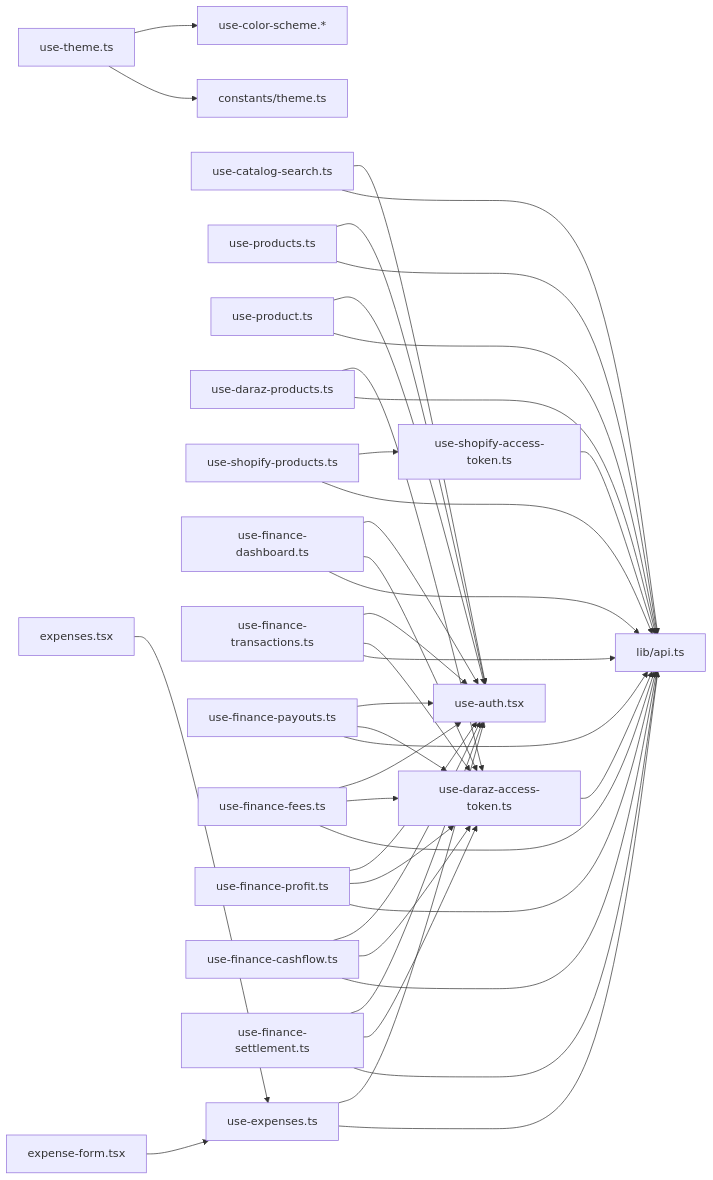
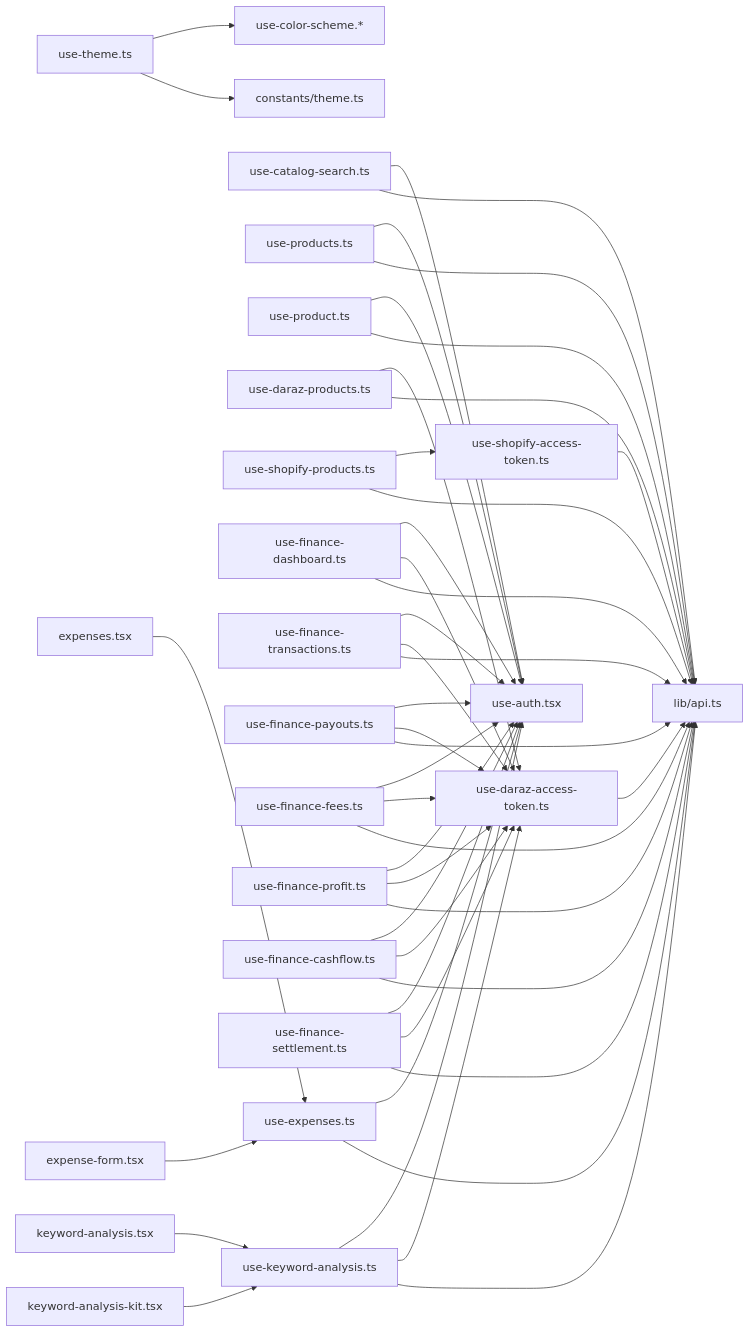
Diagram 21 of 24 in .qoder/repowiki/en/content/Hooks & State Management.md (Muhammad-Masood/tijarah-ai-app), drawn with Mermaid before and after one commit. The commit also changed other lines of this file and 3 other files, not shown here.

````diff
--- a/.qoder/repowiki/en/content/Hooks & State Management.md
+++ b/.qoder/repowiki/en/content/Hooks & State Management.md
@@ -736,42 +839,47 @@
 ```mermaid
 graph LR
 useTheme["use-theme.ts"] --> useColor["use-color-scheme.*"]
 useTheme --> themeConst["constants/theme.ts"]
 useCatalog["use-catalog-search.ts"] --> useAuth["use-auth.tsx"]
 useCatalog --> api["lib/api.ts"]
 useProducts["use-products.ts"] --> useAuth
 useProducts --> api
 useProduct["use-product.ts"] --> useAuth
 useProduct --> api
 darazTok["use-daraz-access-token.ts"] --> api
 shopTok["use-shopify-access-token.ts"] --> api
 darazProd["use-daraz-products.ts"] --> darazTok
 darazProd --> api
 shopProd["use-shopify-products.ts"] --> shopTok
 shopProd --> api
 useFinanceDash["use-finance-dashboard.ts"] --> useAuth
 useFinanceDash --> darazTok
 useFinanceDash --> api
 useFinanceTrans["use-finance-transactions.ts"] --> useAuth
 useFinanceTrans --> darazTok
 useFinanceTrans --> api
 useFinancePayouts["use-finance-payouts.ts"] --> useAuth
 useFinancePayouts --> darazTok
 useFinancePayouts --> api
 useFinanceFees["use-finance-fees.ts"] --> useAuth
 useFinanceFees --> darazTok
 useFinanceFees --> api
 useFinanceProfit["use-finance-profit.ts"] --> useAuth
 useFinanceProfit --> darazTok
 useFinanceProfit --> api
 useFinanceCashflow["use-finance-cashflow.ts"] --> useAuth
 useFinanceCashflow --> darazTok
 useFinanceCashflow --> api
 useFinanceSettlement["use-finance-settlement.ts"] --> useAuth
 useFinanceSettlement --> darazTok
 useFinanceSettlement --> api
 useExpenses["use-expenses.ts"] --> useAuth
 useExpenses --> api
 expensesScreen["expenses.tsx"] --> useExpenses
 expenseForm["expense-form.tsx"] --> useExpenses
+useKeywordAnalysis["use-keyword-analysis.ts"] --> useAuth
+useKeywordAnalysis --> darazTok
+useKeywordAnalysis --> api
+keywordAnalysisScreen["keyword-analysis.tsx"] --> useKeywordAnalysis
+keywordAnalysisKit["keyword-analysis-kit.tsx"] --> useKeywordAnalysis
 ```
````
